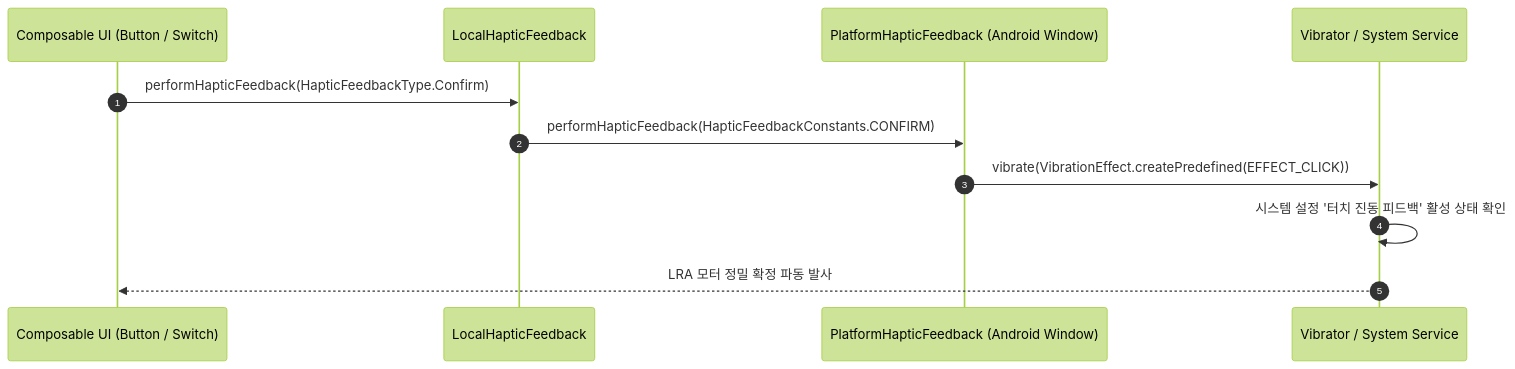
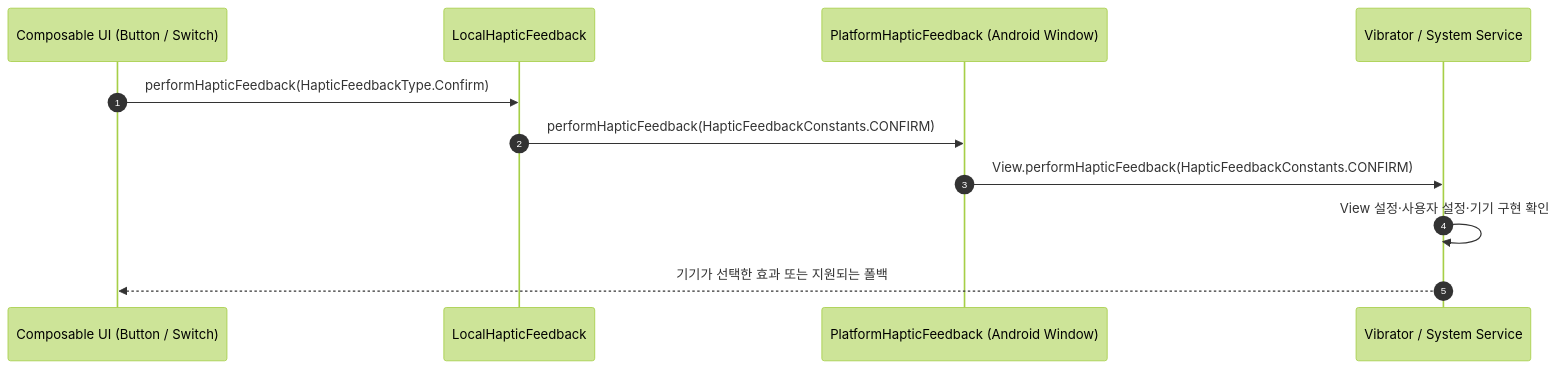
One commit to youngmin-gwon/what-i-studied changed the diagram in 01_inbox/mobile/android/04_system_services/device-capabilities/haptics-vibrator-contracts/haptic-feedback-types-map-ux-interactions-to-platform-patterns.md. Above: the diagram before and after it, drawn with Mermaid (forest theme). The commit also changed other lines of this file and 89 other files, not shown here.

````diff
--- a/01_inbox/mobile/android/04_system_services/device-capabilities/haptics-vibrator-contracts/haptic-feedback-types-map-ux-interactions-to-platform-patterns.md
+++ b/01_inbox/mobile/android/04_system_services/device-capabilities/haptics-vibrator-contracts/haptic-feedback-types-map-ux-interactions-to-platform-patterns.md
@@ -80,14 +80,14 @@
 ```mermaid
 sequenceDiagram
     autonumber
     participant UI as Composable UI (Button / Switch)
     participant LHF as LocalHapticFeedback
     participant PHF as PlatformHapticFeedback (Android Window)
     participant VM as Vibrator / System Service
 
     UI->>LHF: performHapticFeedback(HapticFeedbackType.Confirm)
     LHF->>PHF: performHapticFeedback(HapticFeedbackConstants.CONFIRM)
-    PHF->>VM: vibrate(VibrationEffect.createPredefined(EFFECT_CLICK))
-    VM->>VM: 시스템 설정 '터치 진동 피드백' 활성 상태 확인
-    VM-->>UI: LRA 모터 정밀 확정 파동 발사
+    PHF->>VM: View.performHapticFeedback(HapticFeedbackConstants.CONFIRM)
+    VM->>VM: View 설정·사용자 설정·기기 구현 확인
+    VM-->>UI: 기기가 선택한 효과 또는 지원되는 폴백
 ```
````
